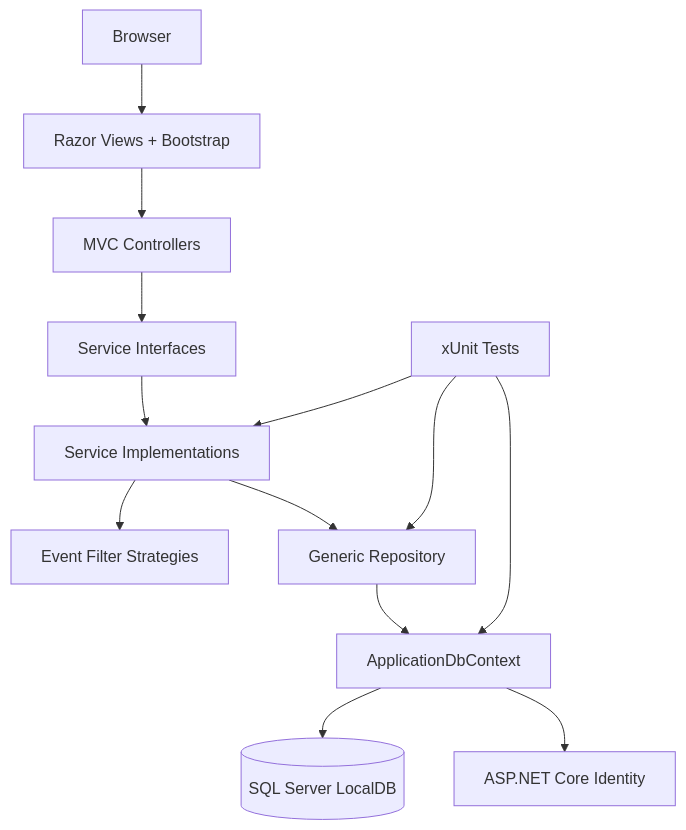
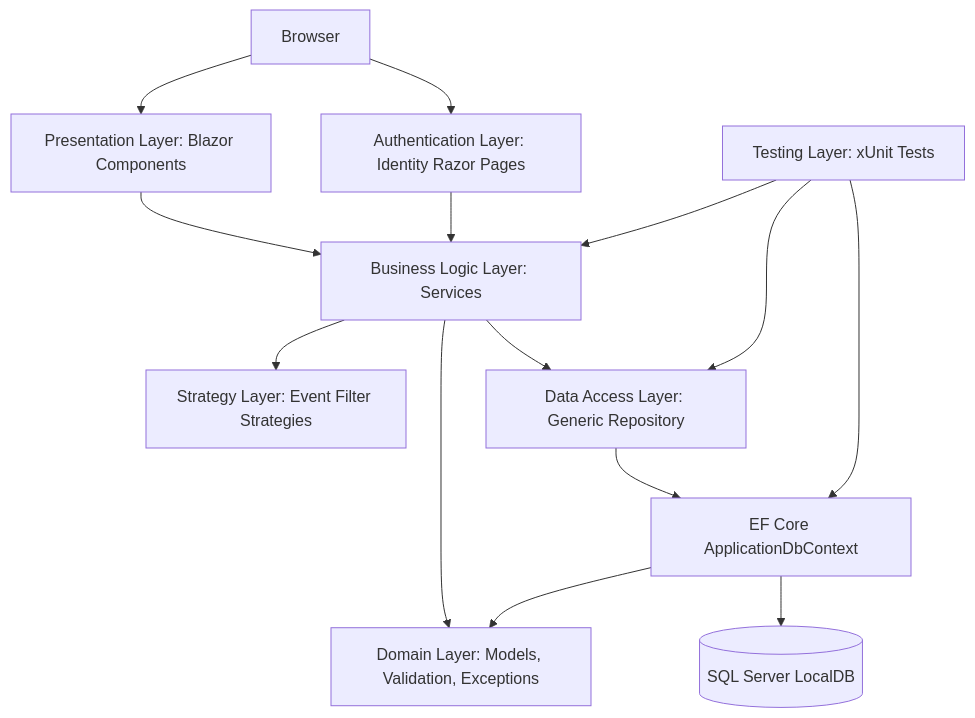
One commit to FerojTamang/CET254_EventManager_Blazor changed the diagram in Documentation/UML/ArchitectureDiagram.md. Above: the diagram before and after it, drawn with Mermaid. The commit also changed other lines of this file and 5 other files, not shown here.

````diff
--- a/Documentation/UML/ArchitectureDiagram.md
+++ b/Documentation/UML/ArchitectureDiagram.md
@@ -110,27 +80,27 @@
 ```mermaid
 flowchart TD
     Browser[Browser]
-    Views[Razor Views + Bootstrap]
-    Controllers[MVC Controllers]
-    ServiceInterfaces[Service Interfaces]
-    Services[Service Implementations]
-    Strategies[Event Filter Strategies]
-    Repository[Generic Repository]
-    DbContext[ApplicationDbContext]
+    Blazor[Presentation Layer: Blazor Components]
+    IdentityPages[Authentication Layer: Identity Razor Pages]
+    Services[Business Logic Layer: Services]
+    Strategies[Strategy Layer: Event Filter Strategies]
+    Repository[Data Access Layer: Generic Repository]
+    DbContext[EF Core ApplicationDbContext]
+    Domain[Domain Layer: Models, Validation, Exceptions]
     Database[(SQL Server LocalDB)]
-    Identity[ASP.NET Core Identity]
-    Tests[xUnit Tests]
+    Tests[Testing Layer: xUnit Tests]
 
-    Browser --> Views
-    Views --> Controllers
-    Controllers --> ServiceInterfaces
-    ServiceInterfaces --> Services
+    Browser --> Blazor
+    Browser --> IdentityPages
+    Blazor --> Services
+    IdentityPages --> Services
+    Services --> Strategies
     Services --> Repository
-    Services --> Strategies
+    Services --> Domain
     Repository --> DbContext
+    DbContext --> Domain
     DbContext --> Database
-    DbContext --> Identity
     Tests --> Services
     Tests --> Repository
     Tests --> DbContext
 ```
````
